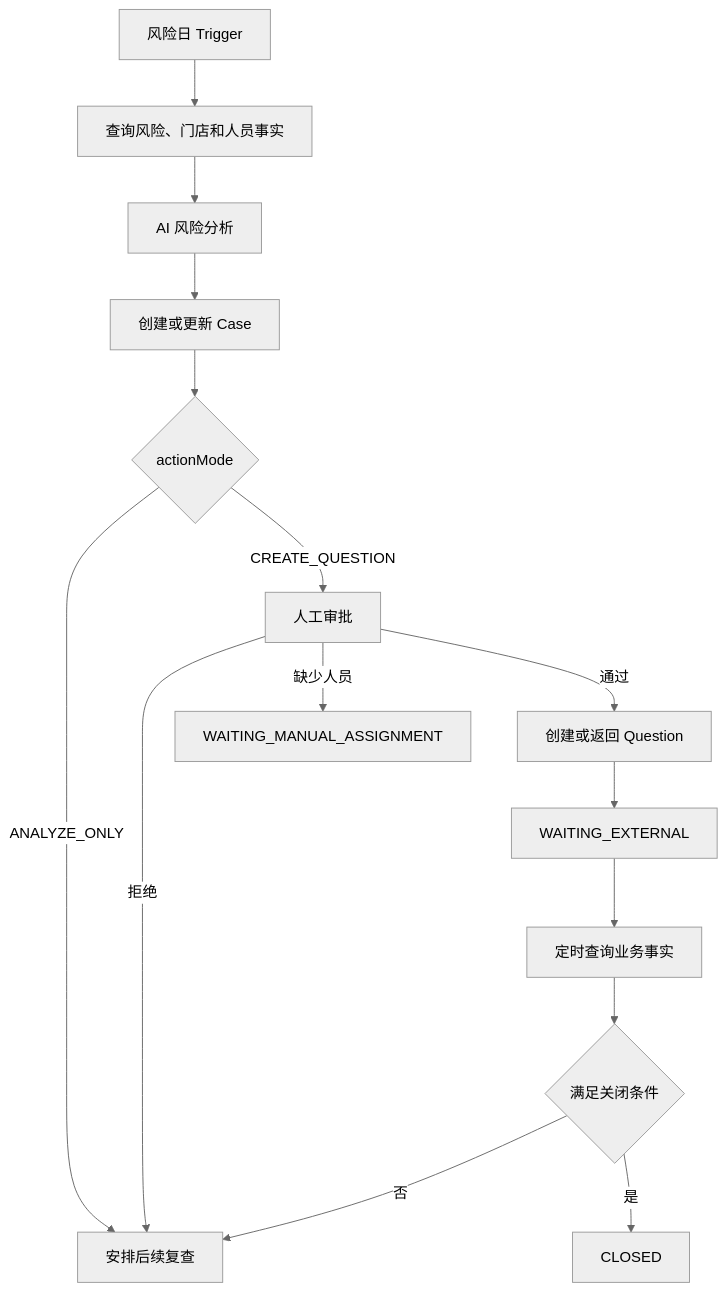
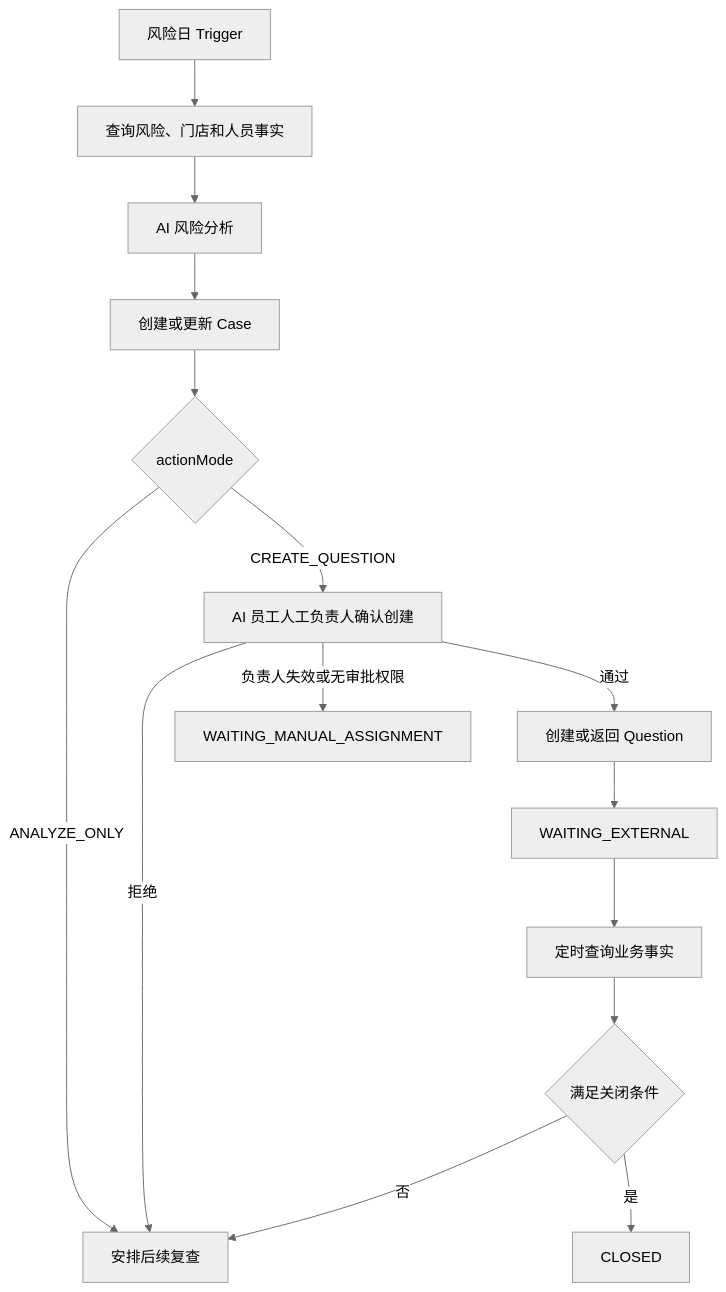
The diagram in docs/巡店/好多店AGENT/docs/技术-04-Workflow流程设计.md (yiyezhangmu/agentdoc), drawn with Mermaid (neutral theme) before and after one commit. The commit also changed other lines of this file and 28 other files, not shown here.

Commit message:
完善好多店白皮书与静态流程图

````diff
--- a/docs/巡店/好多店AGENT/docs/技术-04-Workflow流程设计.md
+++ b/docs/巡店/好多店AGENT/docs/技术-04-Workflow流程设计.md
@@ -205,17 +241,17 @@
 ```mermaid
 flowchart TD
     T[风险日 Trigger] --> Q[查询风险、门店和人员事实]
     Q --> A[AI 风险分析]
     A --> C[创建或更新 Case]
     C --> M{actionMode}
     M -->|ANALYZE_ONLY| F[安排后续复查]
-    M -->|CREATE_QUESTION| P[人工审批]
+    M -->|CREATE_QUESTION| P[AI 员工人工负责人确认创建]
     P -->|拒绝| F
-    P -->|缺少人员| B[WAITING_MANUAL_ASSIGNMENT]
+    P -->|负责人失效或无审批权限| B[WAITING_MANUAL_ASSIGNMENT]
     P -->|通过| J[创建或返回 Question]
     J --> W[WAITING_EXTERNAL]
     W --> R[定时查询业务事实]
     R --> X{满足关闭条件}
     X -->|否| F
     X -->|是| Z[CLOSED]
 ```
````
